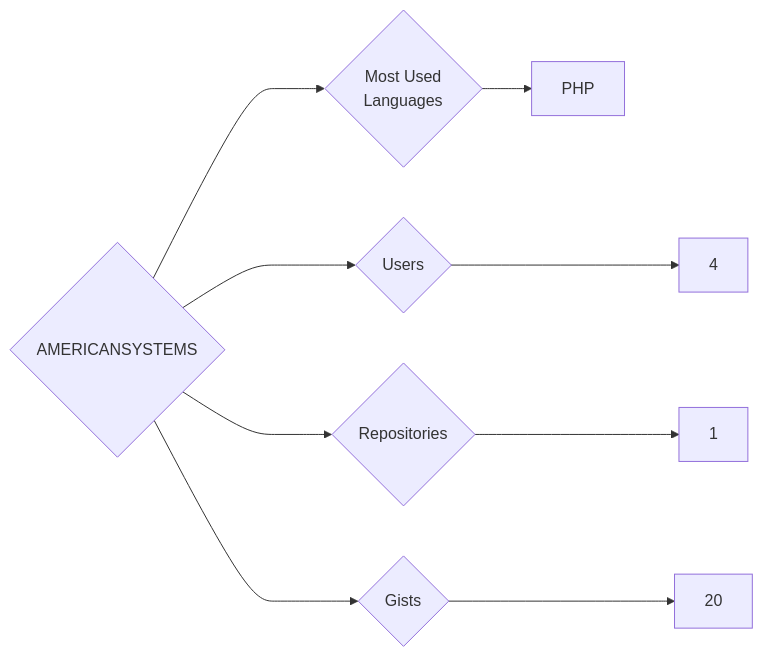
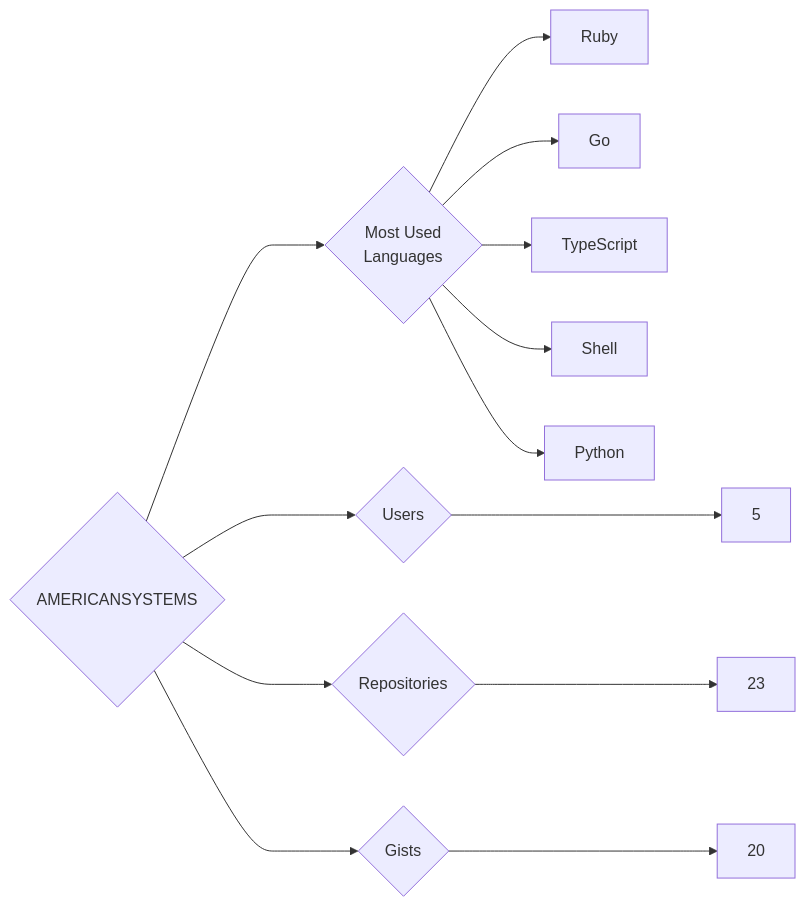
Before and after one commit to trickest/insiders: the diagram in targets/AMERICANSYSTEMS/README.md, drawn with Mermaid. The commit also changed 1212 other files, not shown here.

````diff
--- a/targets/AMERICANSYSTEMS/README.md
+++ b/targets/AMERICANSYSTEMS/README.md
@@ -3,9 +3,13 @@
 ```mermaid
 graph LR
 COMPANY_NAME{AMERICANSYSTEMS}
-COMPANY_NAME ---> U{Users} ---> UN[4]
-COMPANY_NAME ---> R{Repositories} ---> RN[1]
+COMPANY_NAME ---> U{Users} ---> UN[5]
+COMPANY_NAME ---> R{Repositories} ---> RN[23]
 COMPANY_NAME ---> G{Gists} ---> GN[20]
 COMPANY_NAME ---> ML{Most Used<br>Languages}
-ML --> PHP[PHP]
+ML --> Ruby[Ruby]
+ML --> Go[Go]
+ML --> TypeScript[TypeScript]
+ML --> Shell[Shell]
+ML --> Python[Python]
 ```
````
